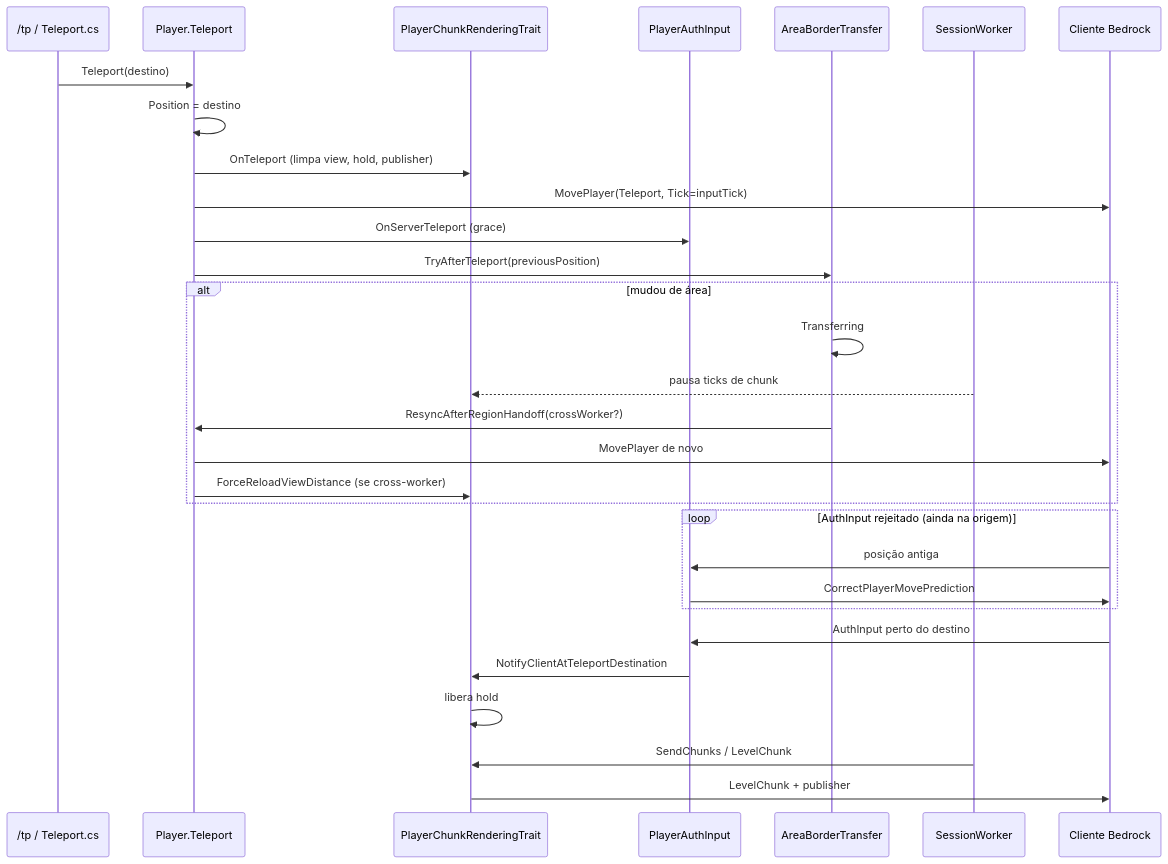
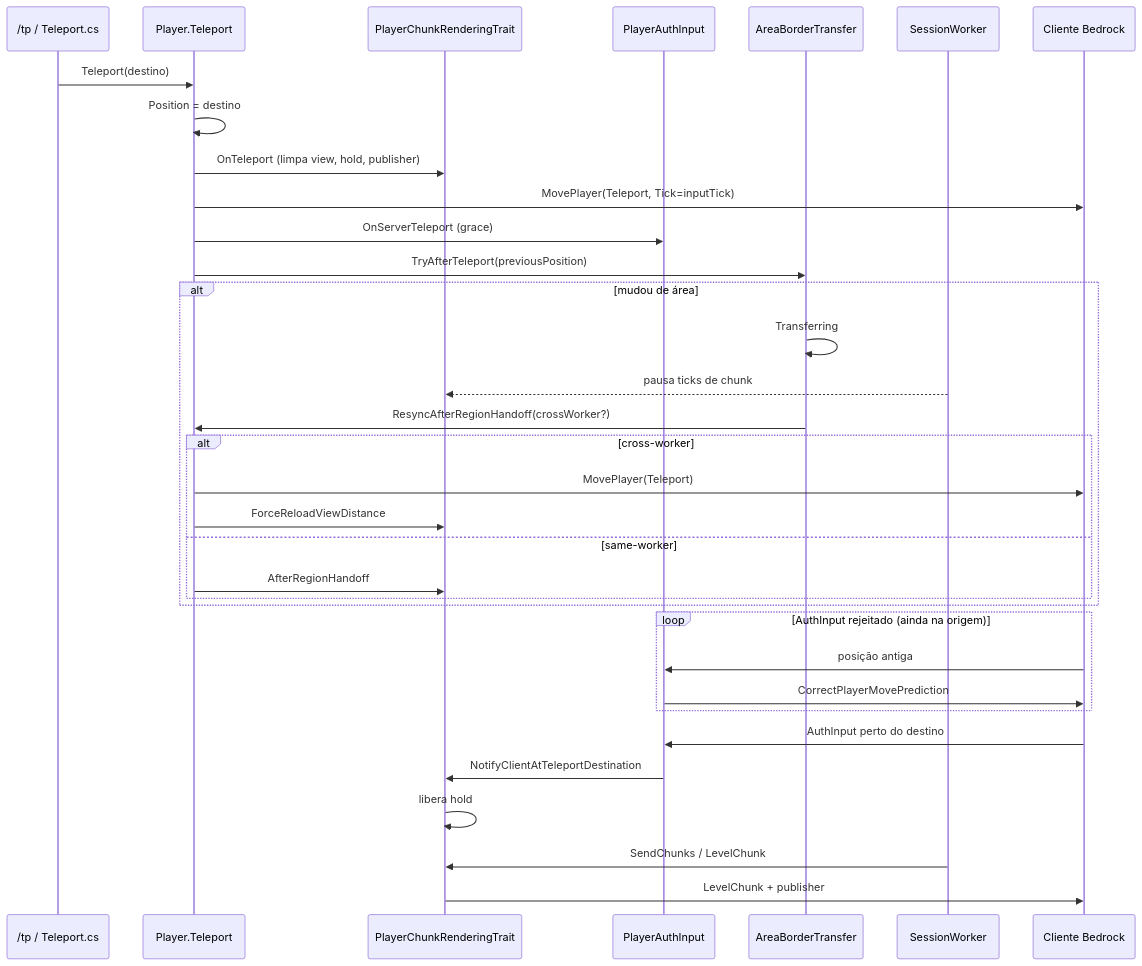
Before and after one commit to yPerfectBR/OrionServerBE: the diagram in docs/pt_br/teleport.md, drawn with Mermaid. The commit also changed other lines of this file and 1 other file, not shown here.

First line of the commit message:
docs(teleport): document soft handoff and spectator visibility flags

````diff
--- a/docs/pt_br/teleport.md
+++ b/docs/pt_br/teleport.md
@@ -17,33 +17,37 @@
 ```mermaid
 sequenceDiagram
     participant Cmd as /tp / Teleport.cs
     participant P as Player.Teleport
     participant Trait as PlayerChunkRenderingTrait
     participant Auth as PlayerAuthInput
     participant Area as AreaBorderTransfer
     participant Sess as SessionWorker
     participant C as Cliente Bedrock
 
     Cmd->>P: Teleport(destino)
     P->>P: Position = destino
     P->>Trait: OnTeleport (limpa view, hold, publisher)
     P->>C: MovePlayer(Teleport, Tick=inputTick)
     P->>Auth: OnServerTeleport (grace)
     P->>Area: TryAfterTeleport(previousPosition)
     alt mudou de área
         Area->>Area: Transferring
         Sess-->>Trait: pausa ticks de chunk
         Area->>P: ResyncAfterRegionHandoff(crossWorker?)
-        P->>C: MovePlayer de novo
-        P->>Trait: ForceReloadViewDistance (se cross-worker)
+        alt cross-worker
+            P->>C: MovePlayer(Teleport)
+            P->>Trait: ForceReloadViewDistance
+        else same-worker
+            P->>Trait: AfterRegionHandoff
+        end
     end
     loop AuthInput rejeitado (ainda na origem)
         C->>Auth: posição antiga
         Auth->>C: CorrectPlayerMovePrediction
     end
     C->>Auth: AuthInput perto do destino
     Auth->>Trait: NotifyClientAtTeleportDestination
     Trait->>Trait: libera hold
     Sess->>Trait: SendChunks / LevelChunk
     Trait->>C: LevelChunk + publisher
 ```
````
